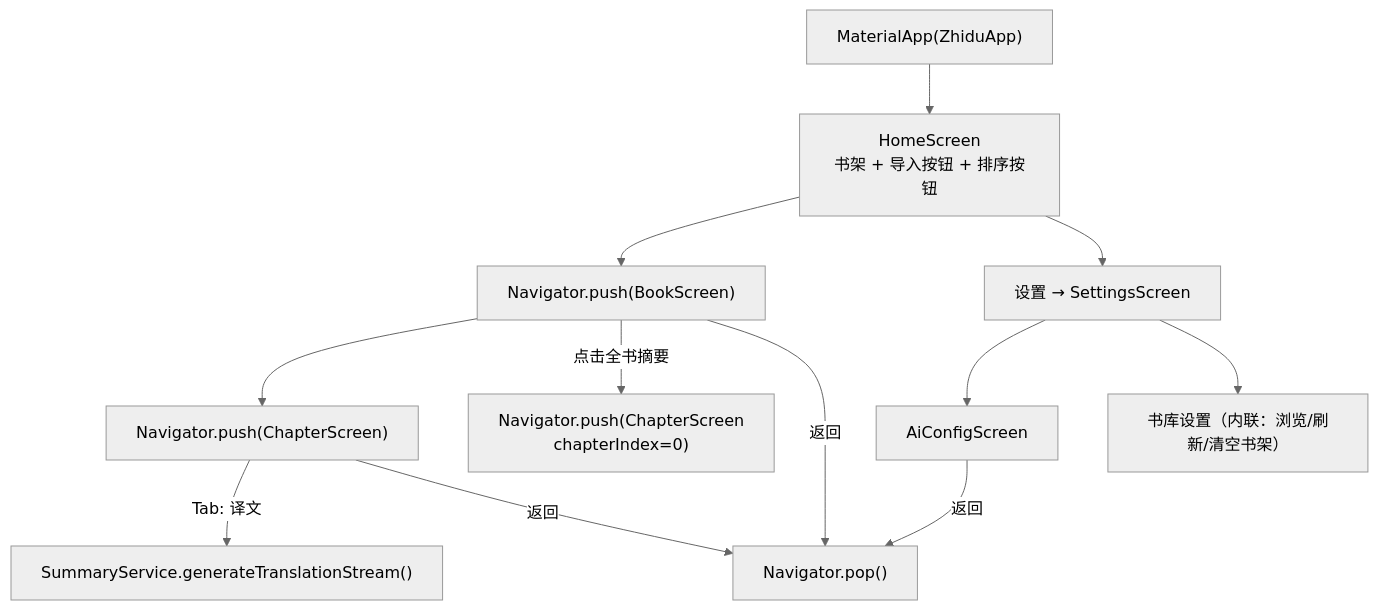
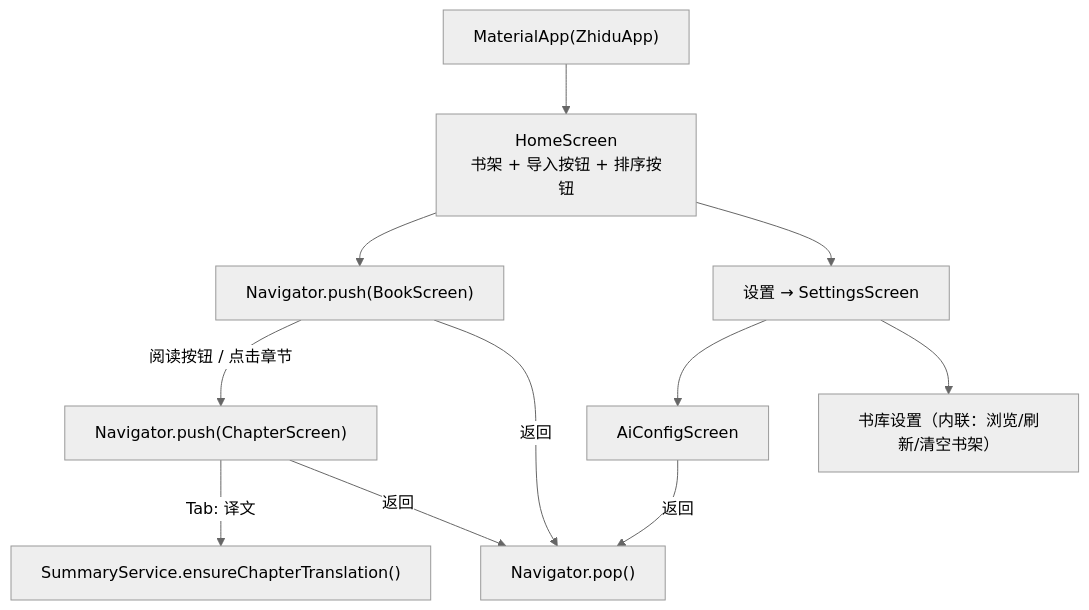
One commit to jjzhang2000/zhidu changed the ninth of 11 diagrams in docs/function_call_relationships_visual.md. Above: the diagram before and after it, drawn with Mermaid (neutral theme). The commit also changed other lines of this file and 26 other files, not shown here.

````diff
--- a/docs/function_call_relationships_visual.md
+++ b/docs/function_call_relationships_visual.md
@@ -438,19 +411,18 @@
 ```mermaid
 flowchart TD
     APP["MaterialApp(ZhiduApp)"] --> HS["HomeScreen<br/>书架 + 导入按钮 + 排序按钮"]
 
     HS --> BS_NAV["Navigator.push(BookScreen)"]
     HS --> SET["设置 → SettingsScreen"]
 
     SET --> AIC["AiConfigScreen"]
     SET --> LIB["书库设置（内联：浏览/刷新/清空书架）"]
 
-    BS_NAV --> CS_NAV["Navigator.push(ChapterScreen)"]
-    BS_NAV --> |"点击全书摘要"| CS_FIRST["Navigator.push(ChapterScreen<br/>chapterIndex=0)"]
+    BS_NAV --> |"阅读按钮 / 点击章节"| CS_NAV["Navigator.push(ChapterScreen)"]
 
-    CS_NAV --> |"Tab: 译文"| TRANS["SummaryService.generateTranslationStream()"]
+    CS_NAV --> |"Tab: 译文"| TRANS["SummaryService.ensureChapterTranslation()"]
 
     CS_NAV --> |"返回"| POP["Navigator.pop()"]
     BS_NAV --> |"返回"| POP
     AIC --> |"返回"| POP
 ```
````
